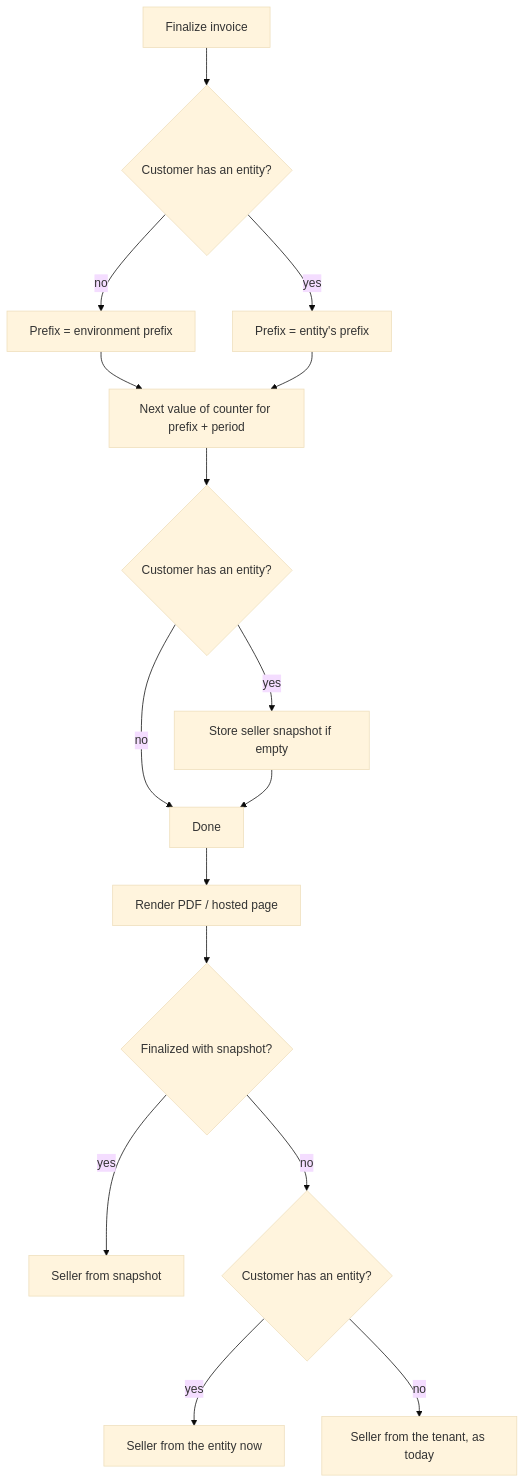
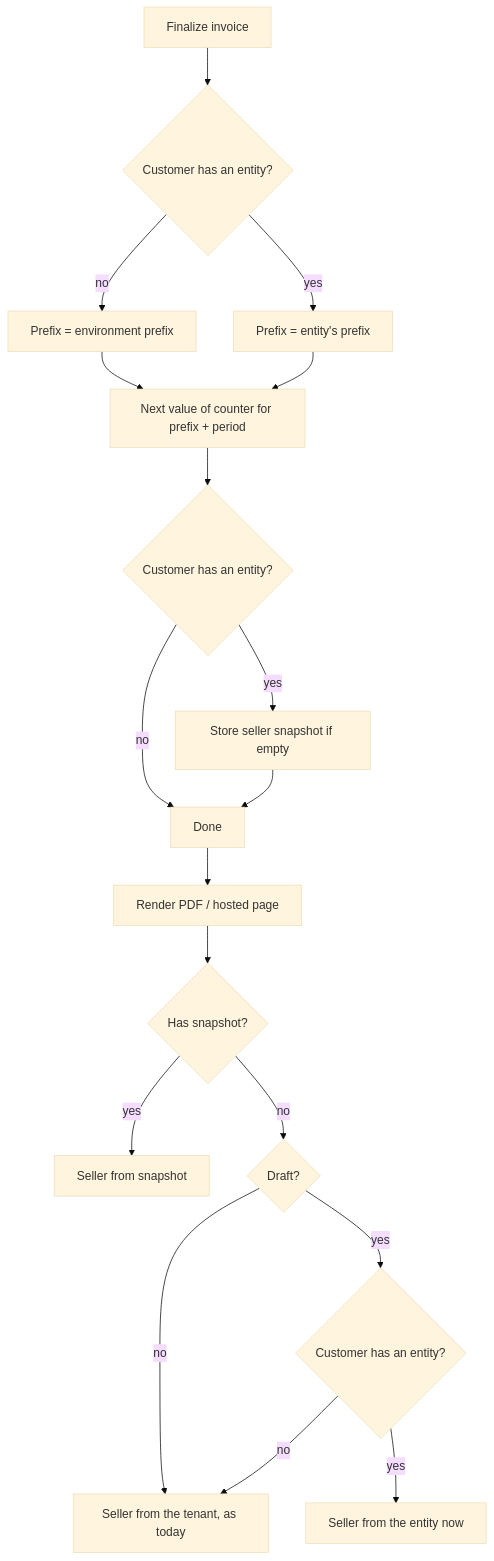
One commit to flexprice/flexprice changed the sixth of 7 diagrams in docs/design/2026-10-27-billing-entities-p1-erd.md. Above: the diagram before and after it, drawn with Mermaid (base theme). The commit also changed other lines of this file, not shown here.

Commit message:
docs(billing-entities): ERD keeps the tenant as seller on invoices issued before enablement

````diff
--- a/docs/design/2026-10-27-billing-entities-p1-erd.md
+++ b/docs/design/2026-10-27-billing-entities-p1-erd.md
@@ -430,18 +430,20 @@
 ```mermaid
 flowchart TD
   F[Finalize invoice] --> C{Customer has an entity?}
   C -- no --> P0[Prefix = environment prefix]
   C -- yes --> P1[Prefix = entity's prefix]
   P0 --> N[Next value of counter for prefix + period]
   P1 --> N
   N --> S{Customer has an entity?}
   S -- yes --> SN[Store seller snapshot if empty]
   S -- no --> D[Done]
   SN --> D
   D --> R[Render PDF / hosted page]
-  R --> Q{Finalized with snapshot?}
+  R --> Q{Has snapshot?}
   Q -- yes --> B1[Seller from snapshot]
-  Q -- no --> E{Customer has an entity?}
+  Q -- no --> I{Draft?}
+  I -- no --> B3[Seller from the tenant, as today]
+  I -- yes --> E{Customer has an entity?}
   E -- yes --> B2[Seller from the entity now]
-  E -- no --> B3[Seller from the tenant, as today]
+  E -- no --> B3
 ```
````
